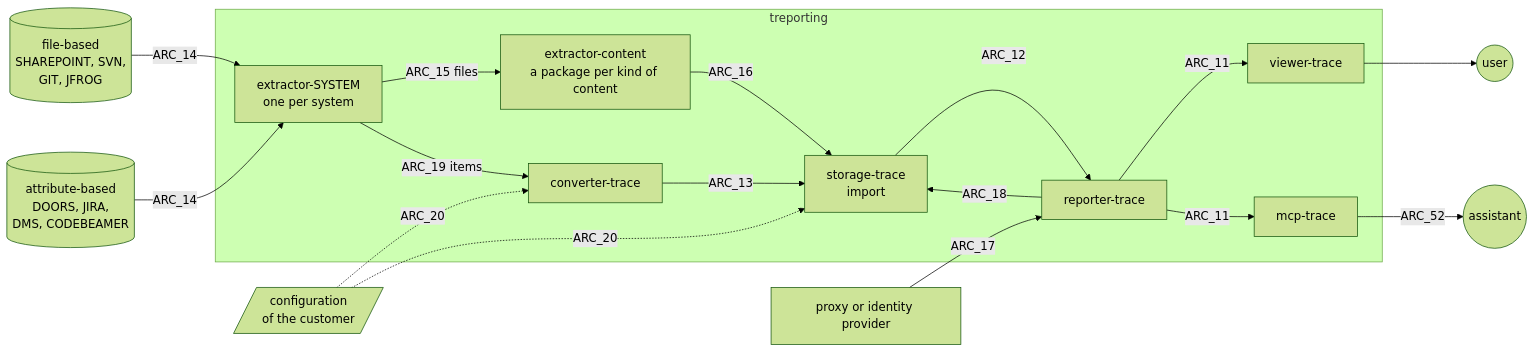
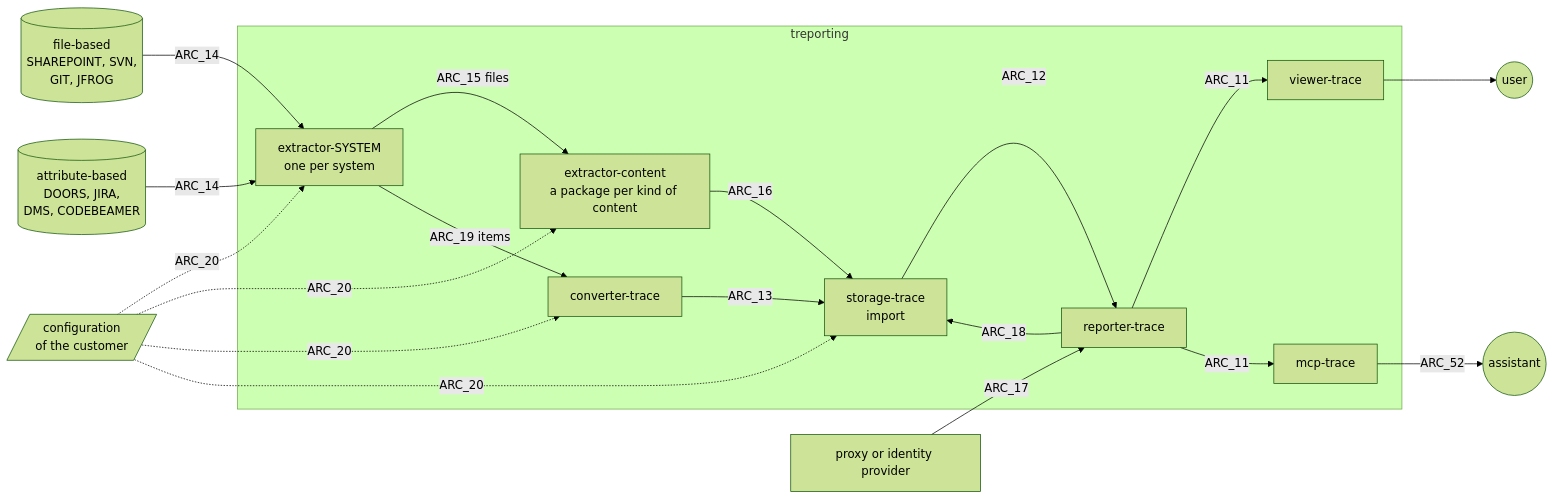
One commit to treporting/specs-and-deploy-product changed the diagram in architecture/system-architecture.md. Above: the diagram before and after it, drawn with Mermaid (forest theme). The commit also changed other lines of this file and 2 other files, not shown here.

First line of the commit message:
system-architecture.md 21.1.1: ARC_20 on both ways into the storage, ARC_78, ARC_79 and ARCD_6

````diff
--- a/architecture/system-architecture.md
+++ b/architecture/system-architecture.md
@@ -8,35 +8,37 @@
 ```mermaid
 flowchart LR
   files[(file-based<br>SHAREPOINT, SVN,<br>GIT, JFROG)]
   attrs[(attribute-based<br>DOORS, JIRA,<br>DMS, CODEBEAMER)]
   conf[/configuration<br>of the customer/]
   idp[proxy or identity provider]
   user((user))
   assistant((assistant))
 
   subgraph treporting
     exsys[extractor-SYSTEM<br>one per system]
     excon[extractor-content<br>a package per kind of content]
     conv[converter-trace]
     stor[storage-trace<br>import]
     rep[reporter-trace]
     view[viewer-trace]
     mcp[mcp-trace]
   end
 
   files -- ARC_14 --> exsys
   attrs -- ARC_14 --> exsys
   exsys -- ARC_15 files --> excon
   exsys -- ARC_19 items --> conv
+  conf -. ARC_20 .-> exsys
+  conf -. ARC_20 .-> excon
   conf -. ARC_20 .-> conv
   conf -. ARC_20 .-> stor
   excon -- ARC_16 --> stor
   conv -- ARC_13 --> stor
   stor -- ARC_12 --> rep
   rep -- ARC_11 --> view
   view --> user
   rep -- ARC_11 --> mcp
   mcp -- ARC_52 --> assistant
   idp -- ARC_17 --> rep
   rep -- ARC_18 --> stor
 ```
````
